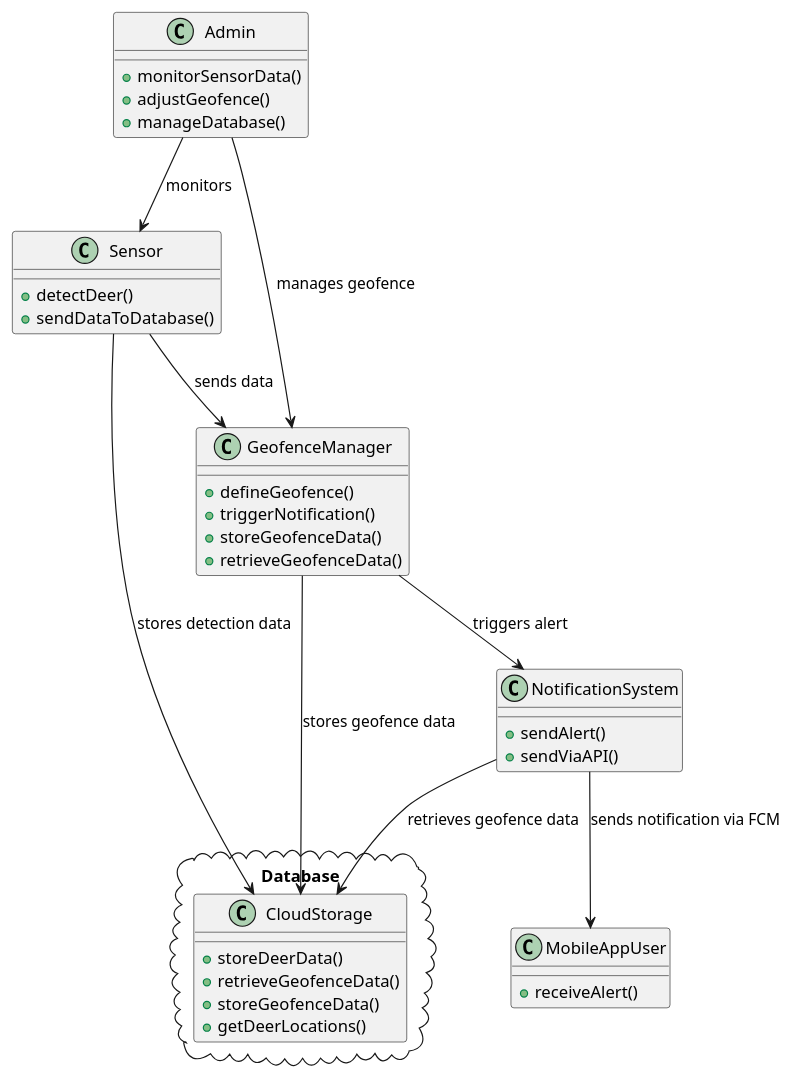
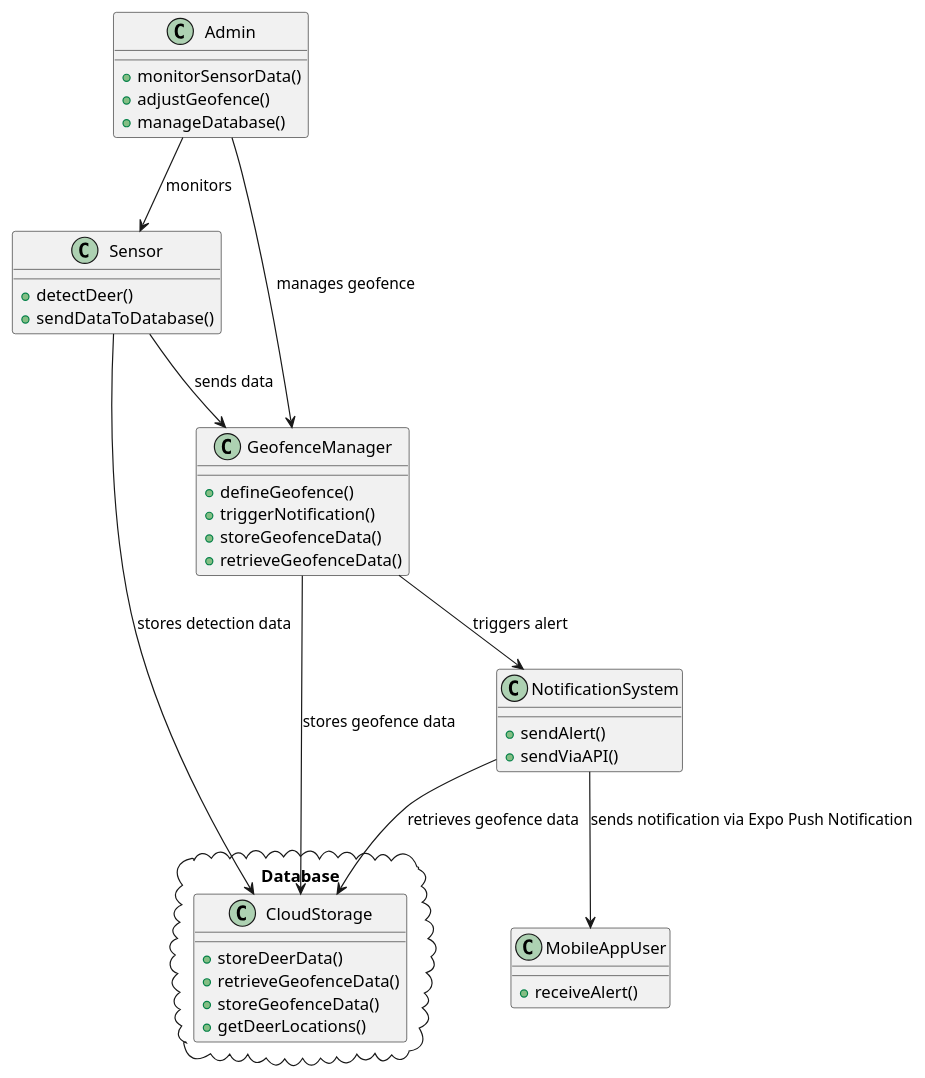
One commit to kxs1119/Detection-System changed the diagram in docs/diagrams/class.puml. Above: the diagram before and after it, drawn with PlantUML. The commit also changed 40 other files, not shown here.

```diff
--- a/docs/diagrams/class.puml
+++ b/docs/diagrams/class.puml
@@ -1,48 +1,48 @@
 @startuml
 
 cloud "Database" {
     class CloudStorage {
         +storeDeerData()
         +retrieveGeofenceData()
         +storeGeofenceData()
         +getDeerLocations()
     }
 }
 
 class Sensor {
     +detectDeer()
     +sendDataToDatabase()
 }
 
 class GeofenceManager {
     +defineGeofence()
     +triggerNotification()
     +storeGeofenceData()
     +retrieveGeofenceData()
 }
 
 class NotificationSystem {
     +sendAlert()
     +sendViaAPI()
 }
 
 class MobileAppUser {
     +receiveAlert()
 }
 
 class Admin {
     +monitorSensorData()
     +adjustGeofence()
     +manageDatabase()
 }
 
 Sensor --> GeofenceManager : sends data
 Sensor --> CloudStorage : stores detection data
 GeofenceManager --> NotificationSystem : triggers alert
-NotificationSystem --> MobileAppUser : sends notification via FCM
+NotificationSystem --> MobileAppUser : sends notification via Expo Push Notification
 Admin --> GeofenceManager : manages geofence
 Admin --> Sensor : monitors
 GeofenceManager --> CloudStorage : stores geofence data
 NotificationSystem --> CloudStorage : retrieves geofence data
 
 @enduml
```
